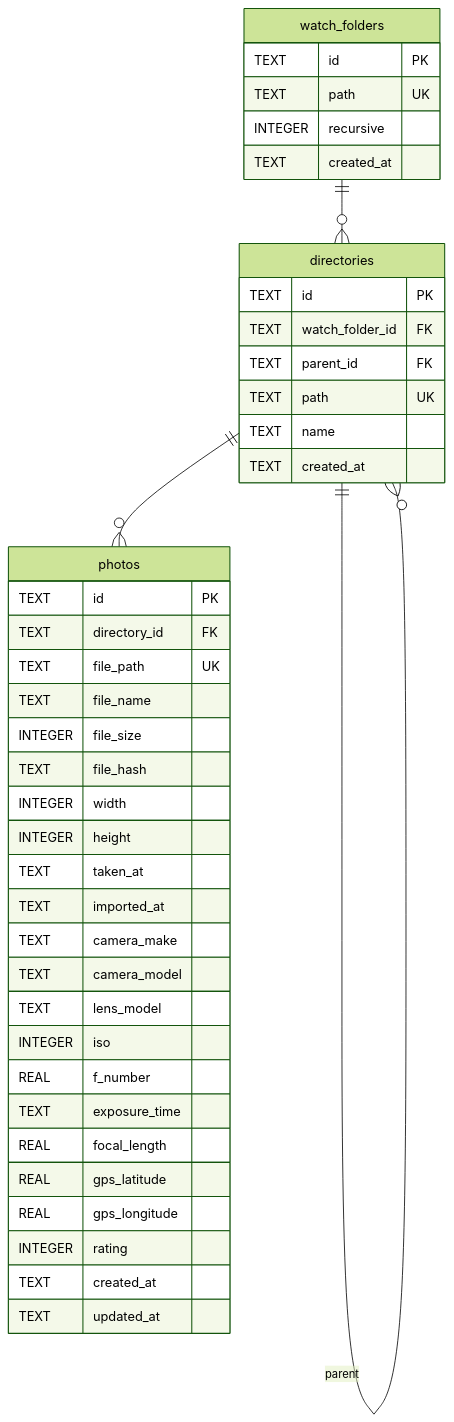
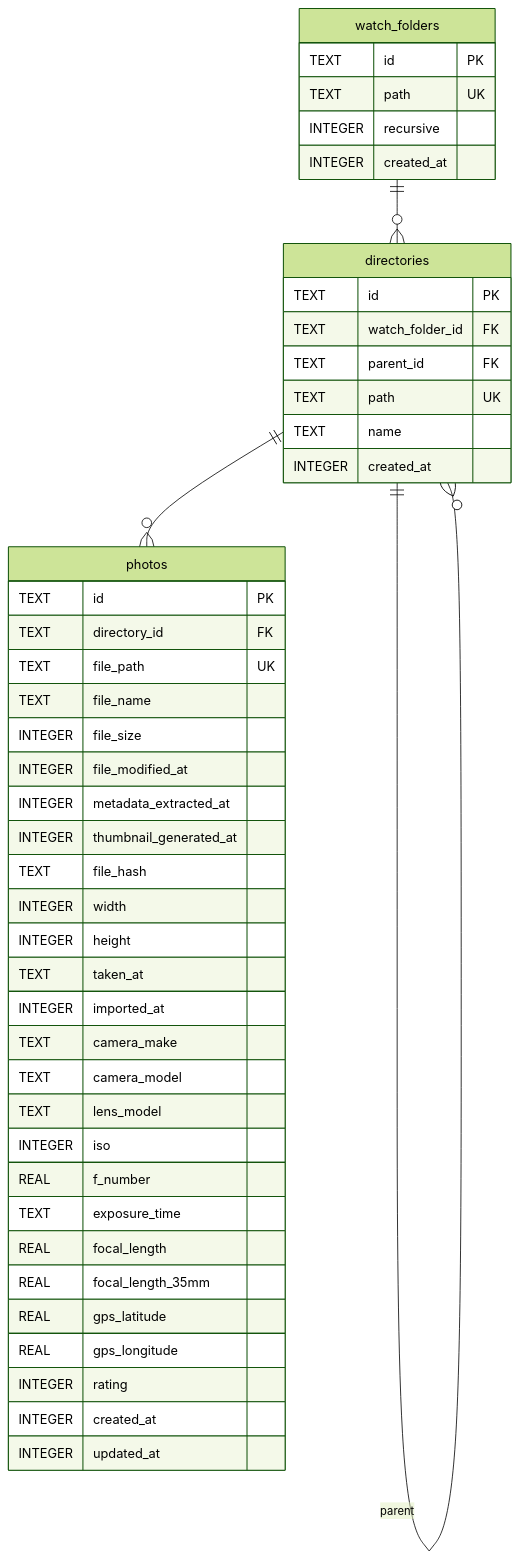
Before and after one commit to naoki-ah4/photo-manager: the diagram in docs/er-diagram.md, drawn with Mermaid (forest theme). The commit also changed other lines of this file and 4 other files, not shown here.

````diff
--- a/docs/er-diagram.md
+++ b/docs/er-diagram.md
@@ -1,47 +1,51 @@
 ```mermaid
 erDiagram
     watch_folders {
         TEXT id PK
         TEXT path UK
         INTEGER recursive
-        TEXT created_at
+        INTEGER created_at
     }
 
     directories {
         TEXT id PK
         TEXT watch_folder_id FK
         TEXT parent_id FK
         TEXT path UK
         TEXT name
-        TEXT created_at
+        INTEGER created_at
     }
 
     photos {
         TEXT id PK
         TEXT directory_id FK
         TEXT file_path UK
         TEXT file_name
         INTEGER file_size
+        INTEGER file_modified_at
+        INTEGER metadata_extracted_at
+        INTEGER thumbnail_generated_at
         TEXT file_hash
         INTEGER width
         INTEGER height
         TEXT taken_at
-        TEXT imported_at
+        INTEGER imported_at
         TEXT camera_make
         TEXT camera_model
         TEXT lens_model
         INTEGER iso
         REAL f_number
         TEXT exposure_time
         REAL focal_length
+        REAL focal_length_35mm
         REAL gps_latitude
         REAL gps_longitude
         INTEGER rating
-        TEXT created_at
-        TEXT updated_at
+        INTEGER created_at
+        INTEGER updated_at
     }
 
     watch_folders ||--o{ directories : ""
     directories ||--o{ directories : "parent"
     directories ||--o{ photos : ""
 ```
````
